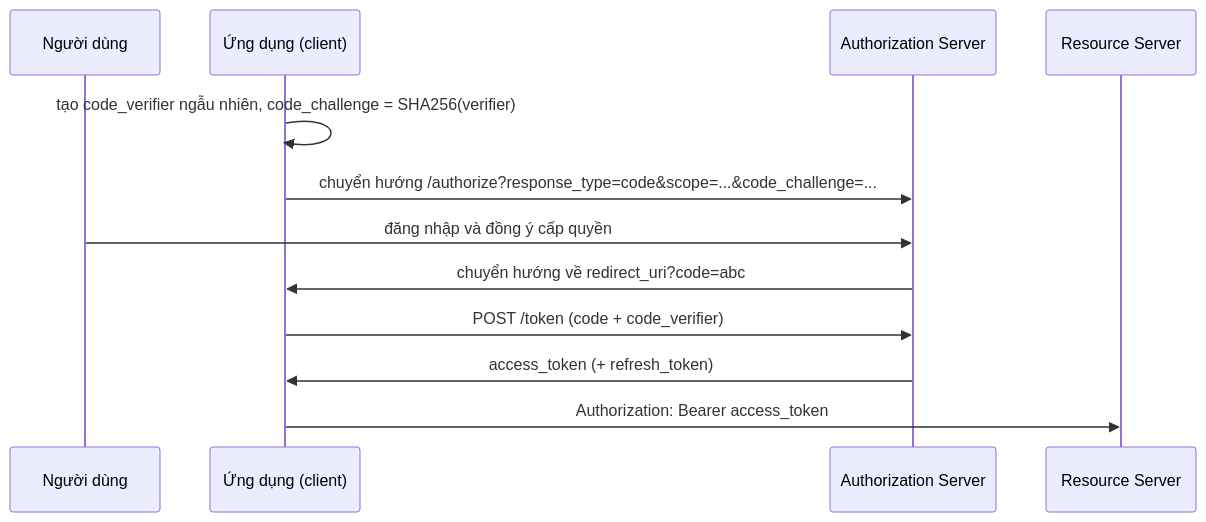
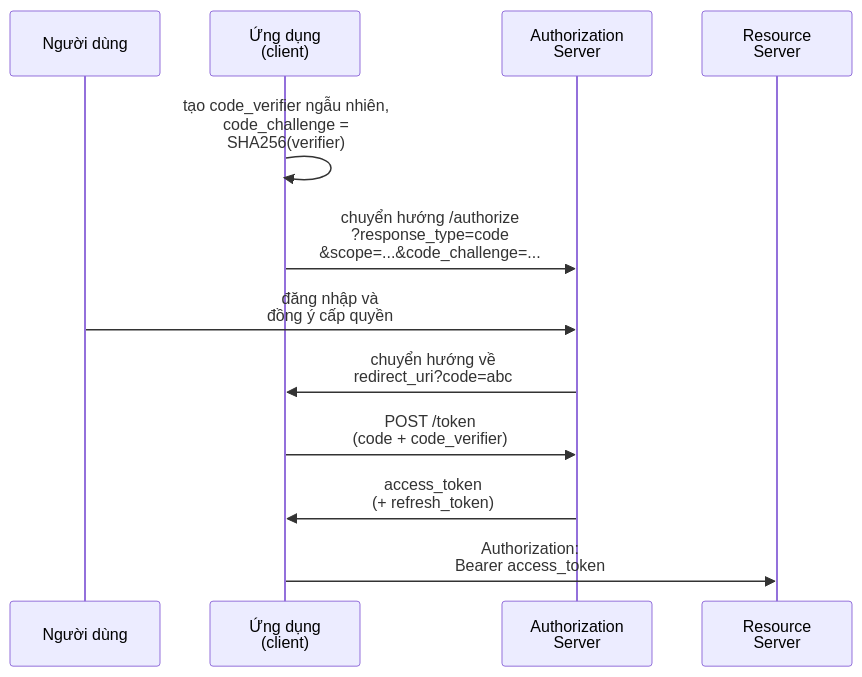
One commit to duongbui234/software-engineering-atlas changed the second of 3 diagrams in content/posts/2026-11-18-api-security.md. Above: the diagram before and after it, drawn with Mermaid. The commit also changed other lines of this file and 18 other files, not shown here.

First line of the commit message:
MQ-03 exchange-type comparison, and readable Mermaid diagrams (#6)

````diff
--- a/content/posts/2026-11-18-api-security.md
+++ b/content/posts/2026-11-18-api-security.md
@@ -185,14 +185,14 @@
 ```mermaid
 sequenceDiagram
     participant U as Người dùng
-    participant App as Ứng dụng (client)
-    participant AS as Authorization Server
-    participant API as Resource Server
-    App->>App: tạo code_verifier ngẫu nhiên, code_challenge = SHA256(verifier)
-    App->>AS: chuyển hướng /authorize?response_type=code&scope=...&code_challenge=...
-    U->>AS: đăng nhập và đồng ý cấp quyền
-    AS->>App: chuyển hướng về redirect_uri?code=abc
-    App->>AS: POST /token (code + code_verifier)
-    AS->>App: access_token (+ refresh_token)
-    App->>API: Authorization: Bearer access_token
+    participant App as Ứng dụng<br/>(client)
+    participant AS as Authorization<br/>Server
+    participant API as Resource<br/>Server
+    App->>App: tạo code_verifier ngẫu nhiên,<br/>code_challenge =<br/>SHA256(verifier)
+    App->>AS: chuyển hướng /authorize<br/>?response_type=code<br/>&scope=...&code_challenge=...
+    U->>AS: đăng nhập và<br/>đồng ý cấp quyền
+    AS->>App: chuyển hướng về<br/>redirect_uri?code=abc
+    App->>AS: POST /token<br/>(code + code_verifier)
+    AS->>App: access_token<br/>(+ refresh_token)
+    App->>API: Authorization:<br/>Bearer access_token
 ```
````
